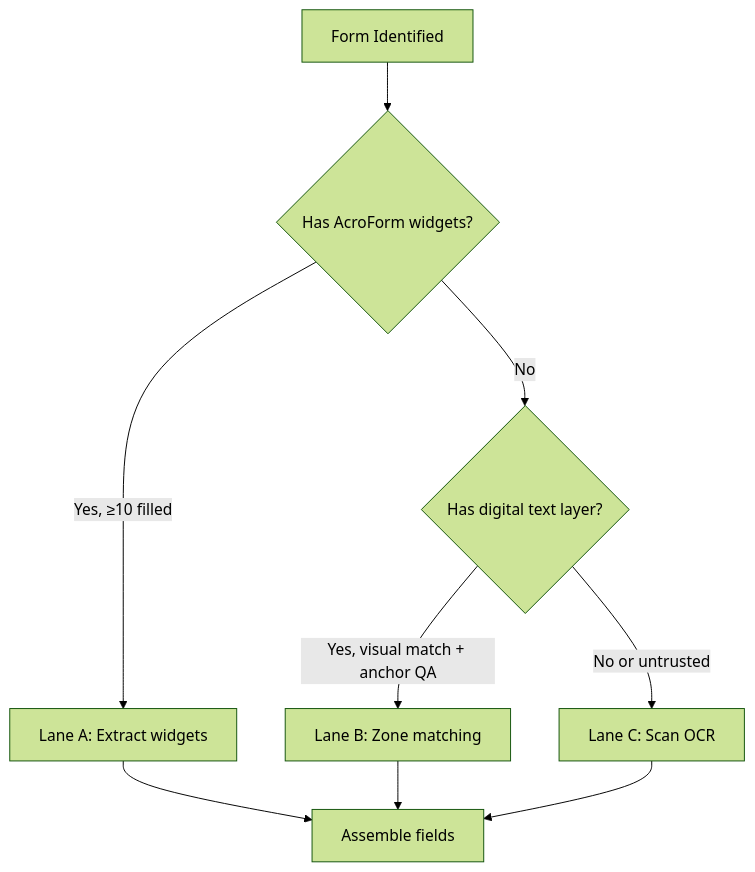
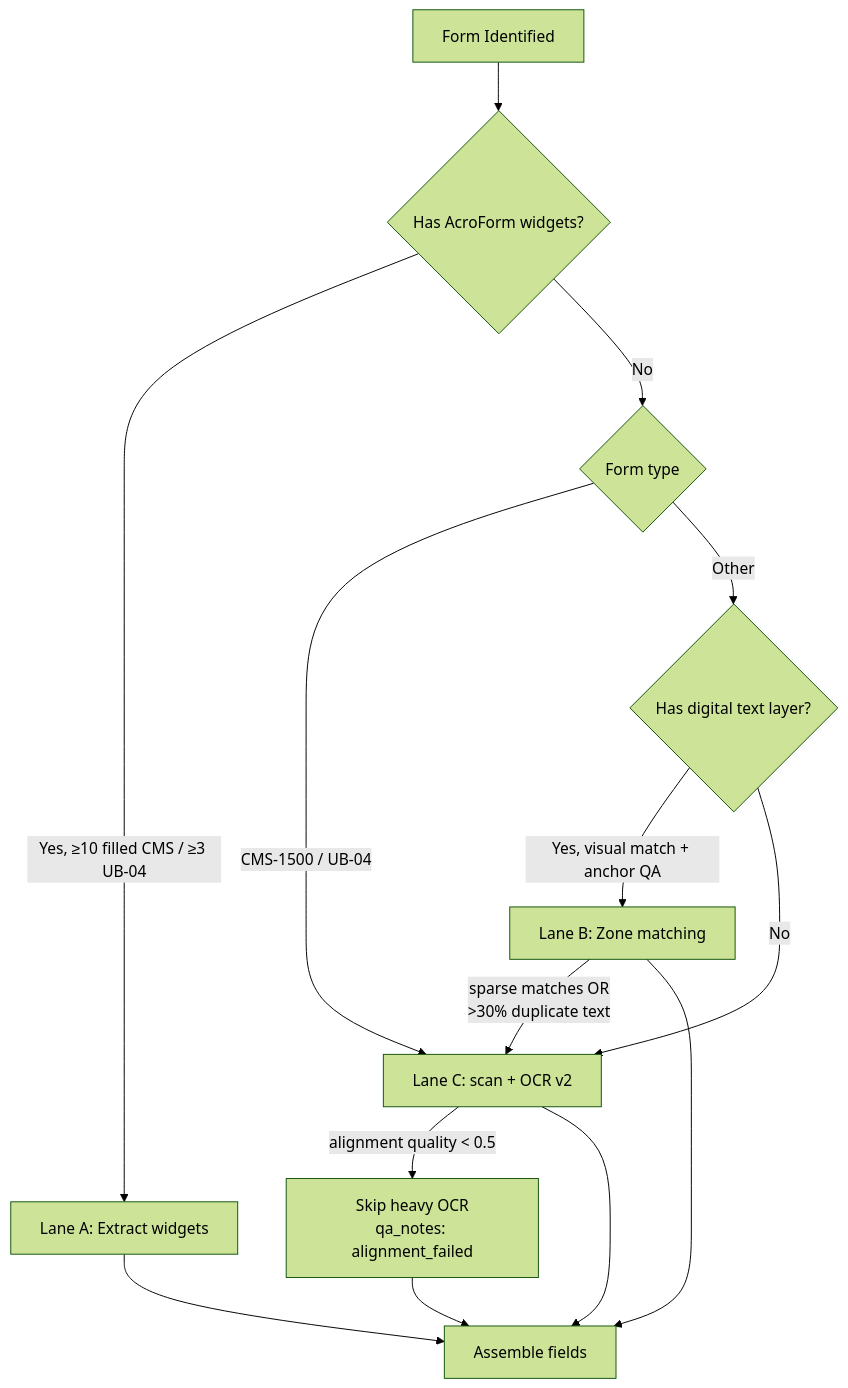
One commit to rahul370139/doc2data changed the third of 6 diagrams in documents/PIPELINE_OVERVIEW.md. Above: the diagram before and after it, drawn with Mermaid (forest theme). The commit also changed other lines of this file and 78 other files, not shown here.

````diff
--- a/documents/PIPELINE_OVERVIEW.md
+++ b/documents/PIPELINE_OVERVIEW.md
@@ -95,11 +134,18 @@
 ```mermaid
 flowchart TD
     A[Form Identified] --> B{Has AcroForm widgets?}
-    B -->|Yes, ≥10 filled| C[Lane A: Extract widgets]
-    B -->|No| D{Has digital text layer?}
-    D -->|Yes, visual match + anchor QA| E[Lane B: Zone matching]
-    D -->|No or untrusted| F[Lane C: Scan OCR]
-    C --> G[Assemble fields]
-    E --> G
-    F --> G
+    B -->|Yes, ≥10 filled CMS / ≥3 UB-04| C[Lane A: Extract widgets]
+    B -->|No| D{Form type}
+    D -->|CMS-1500 / UB-04| F[Lane C: scan + OCR v2]
+    D -->|Other| E{Has digital text layer?}
+    E -->|Yes, visual match + anchor QA| G[Lane B: Zone matching]
+    E -->|No| F
+
+    F -->|alignment quality < 0.5| H[Skip heavy OCR<br/>qa_notes: alignment_failed]
+    G -->|sparse matches OR<br/>>30% duplicate text| F
+
+    C --> Out[Assemble fields]
+    G --> Out
+    F --> Out
+    H --> Out
 ```
````
